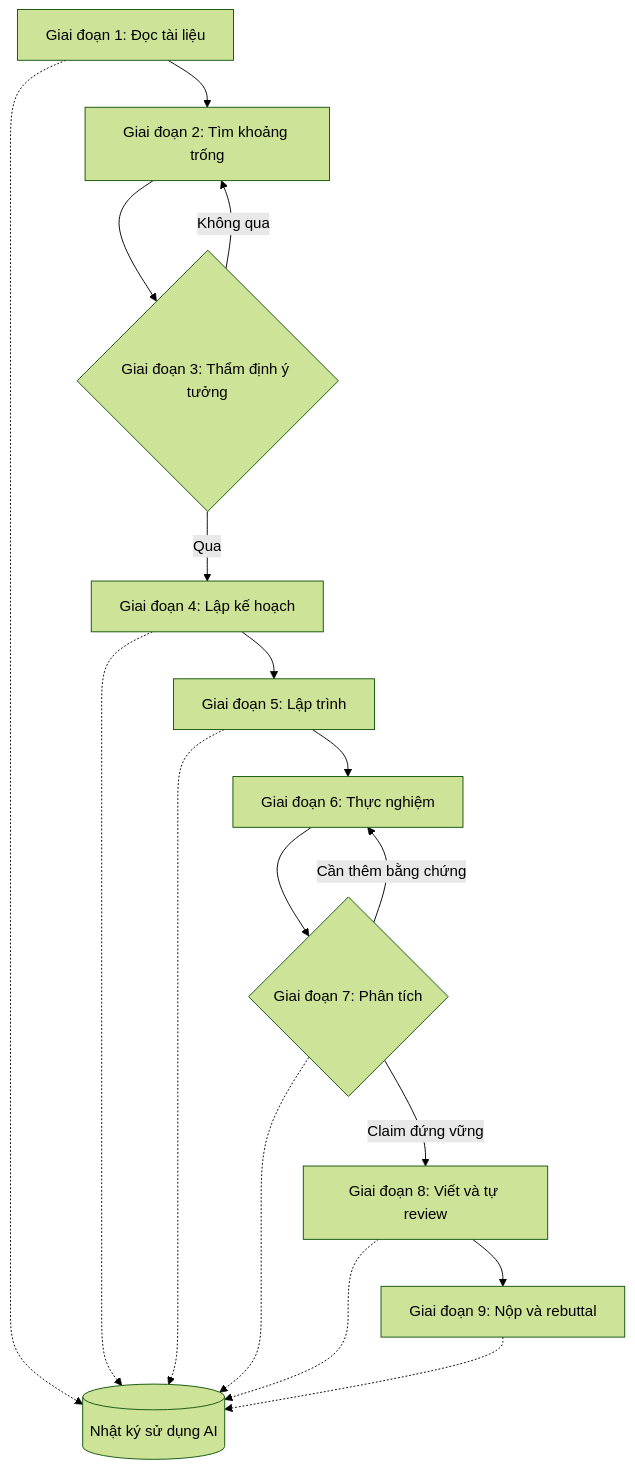
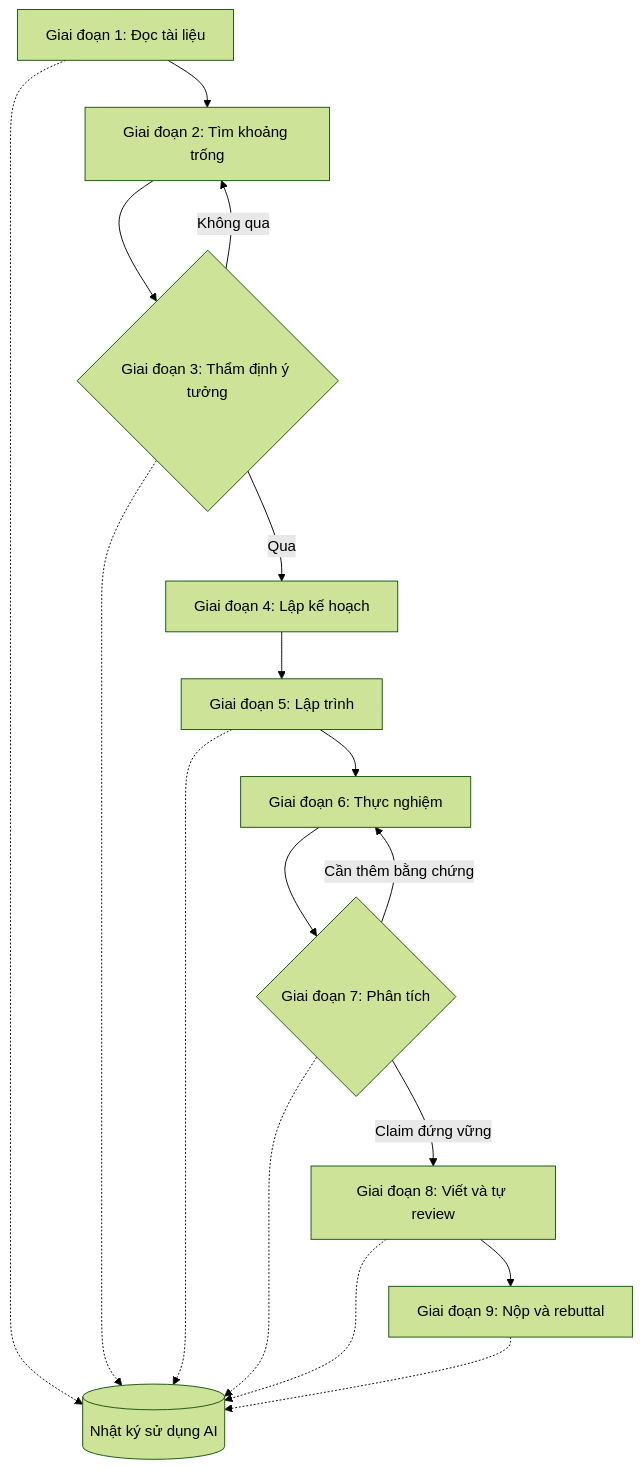
Before and after one commit to tuandung222/How-to-write-Astar-Paper: the diagram in docs/08-ai-cong-su/quy-trinh-mau.md, drawn with Mermaid (forest theme). The commit also changed other lines of this file and 4 other files, not shown here.

````diff
--- a/docs/08-ai-cong-su/quy-trinh-mau.md
+++ b/docs/08-ai-cong-su/quy-trinh-mau.md
@@ -23,20 +23,20 @@
 ```mermaid
 flowchart TD
     S1["Giai đoạn 1: Đọc tài liệu"] --> S2["Giai đoạn 2: Tìm khoảng trống"]
     S2 --> S3{"Giai đoạn 3: Thẩm định ý tưởng"}
     S3 -->|"Không qua"| S2
     S3 -->|"Qua"| S4["Giai đoạn 4: Lập kế hoạch"]
     S4 --> S5["Giai đoạn 5: Lập trình"]
     S5 --> S6["Giai đoạn 6: Thực nghiệm"]
     S6 --> S7{"Giai đoạn 7: Phân tích"}
     S7 -->|"Cần thêm bằng chứng"| S6
     S7 -->|"Claim đứng vững"| S8["Giai đoạn 8: Viết và tự review"]
     S8 --> S9["Giai đoạn 9: Nộp và rebuttal"]
     LOG[("Nhật ký sử dụng AI")]
     S1 -.-> LOG
-    S4 -.-> LOG
+    S3 -.-> LOG
     S5 -.-> LOG
     S7 -.-> LOG
     S8 -.-> LOG
     S9 -.-> LOG
 ```
````
